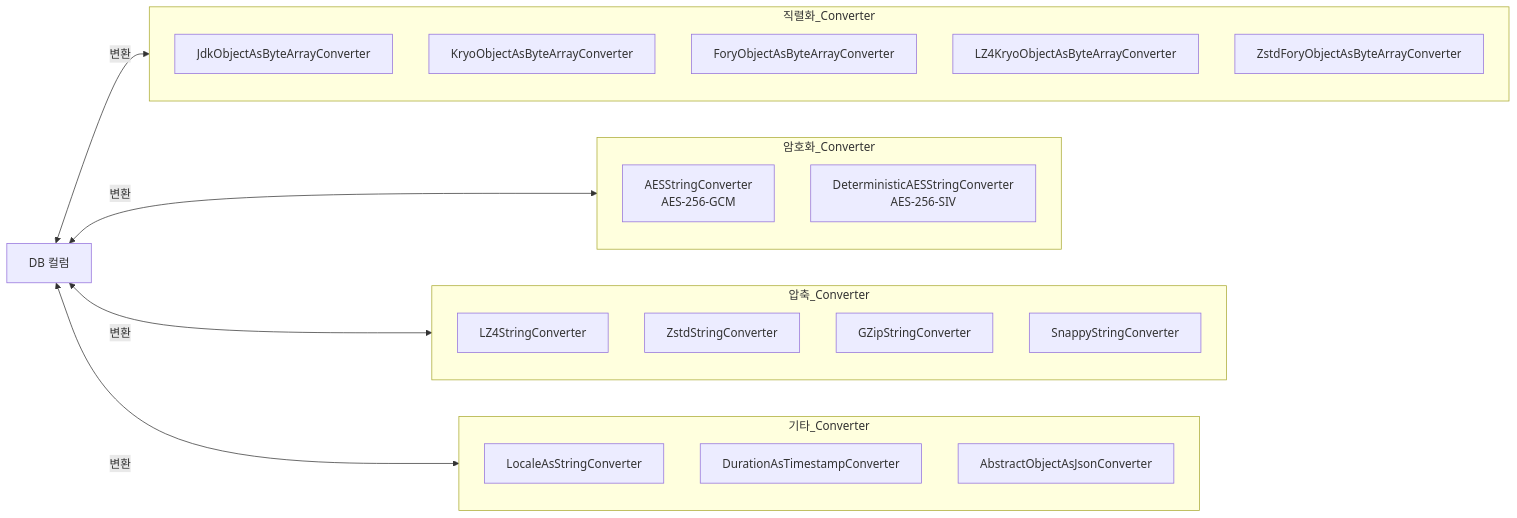
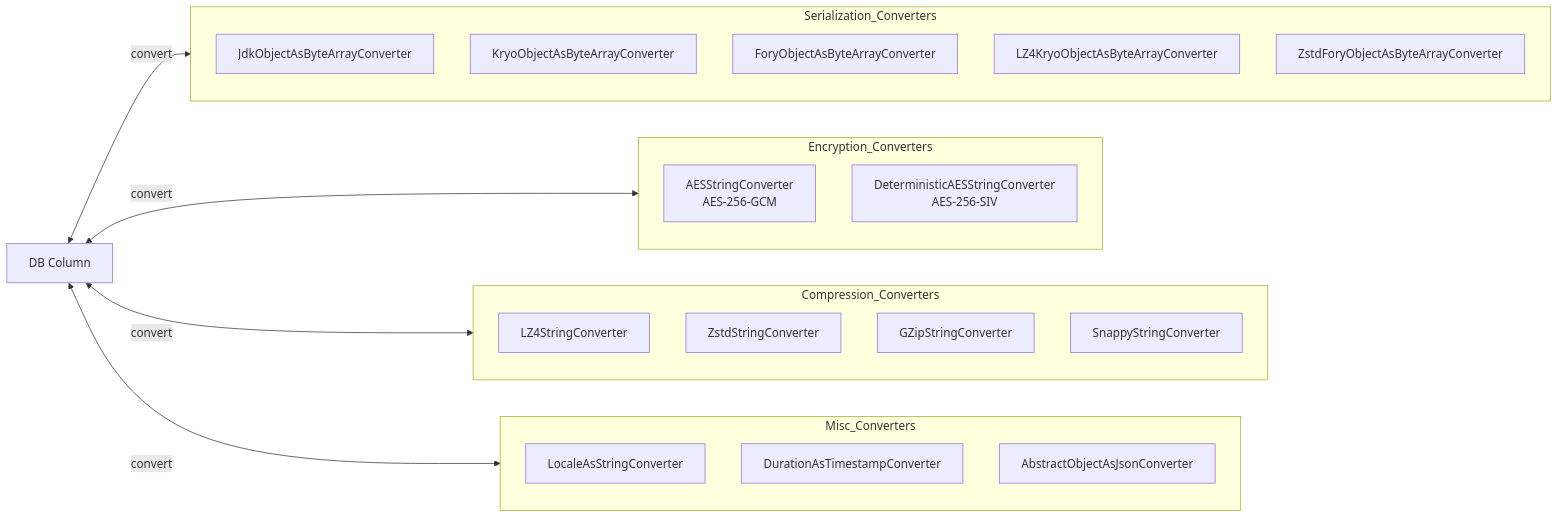
Before and after one commit to bluetape4k/bluetape4k-projects: the third of 3 diagrams in data/hibernate/README.md, drawn with Mermaid. The commit also changed other lines of this file and 265 other files, not shown here.

````diff
--- a/data/hibernate/README.md
+++ b/data/hibernate/README.md
@@ -593,30 +595,30 @@
 ```mermaid
 flowchart LR
-    subgraph 직렬화_Converter
+    subgraph Serialization_Converters
         A1[JdkObjectAsByteArrayConverter]
         A2[KryoObjectAsByteArrayConverter]
         A3[ForyObjectAsByteArrayConverter]
         A4[LZ4KryoObjectAsByteArrayConverter]
         A5[ZstdForyObjectAsByteArrayConverter]
     end
-    subgraph 암호화_Converter
+    subgraph Encryption_Converters
         B1[AESStringConverter<br/>AES-256-GCM]
         B2[DeterministicAESStringConverter<br/>AES-256-SIV]
     end
-    subgraph 압축_Converter
+    subgraph Compression_Converters
         C1[LZ4StringConverter]
         C2[ZstdStringConverter]
         C3[GZipStringConverter]
         C4[SnappyStringConverter]
     end
-    subgraph 기타_Converter
+    subgraph Misc_Converters
         D1[LocaleAsStringConverter]
         D2[DurationAsTimestampConverter]
         D3[AbstractObjectAsJsonConverter]
     end
 
-    E[DB 컬럼] <-->|변환| 직렬화_Converter
-    E <-->|변환| 암호화_Converter
-    E <-->|변환| 압축_Converter
-    E <-->|변환| 기타_Converter
+    E[DB Column] <-->|convert| Serialization_Converters
+    E <-->|convert| Encryption_Converters
+    E <-->|convert| Compression_Converters
+    E <-->|convert| Misc_Converters
 ```
````
